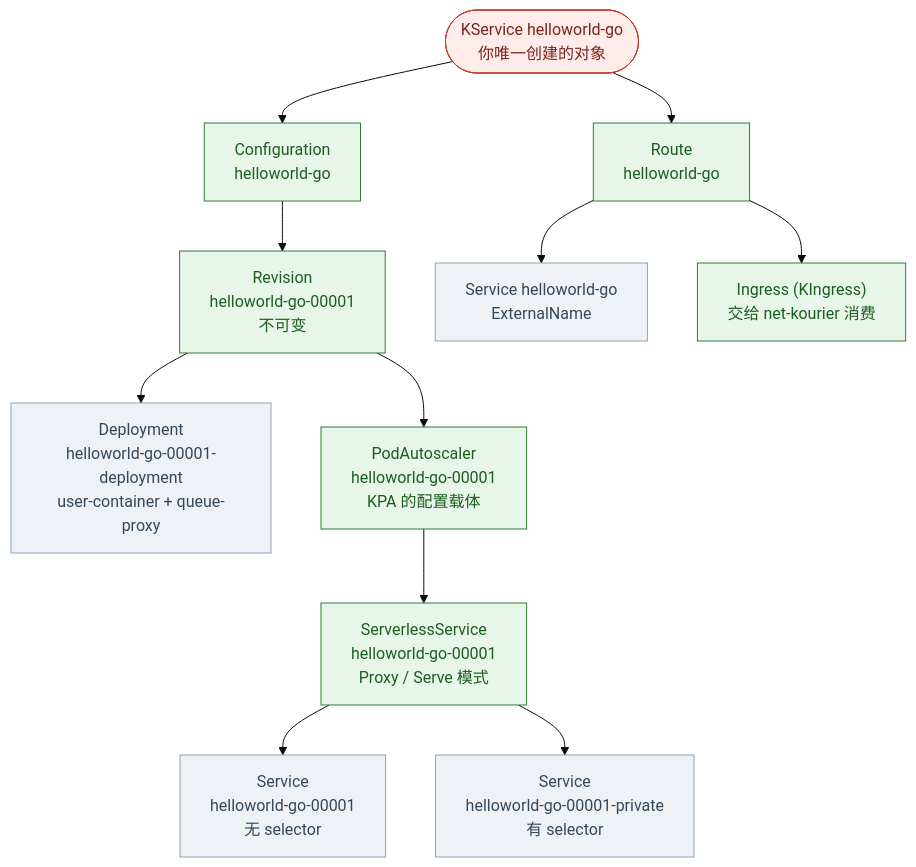
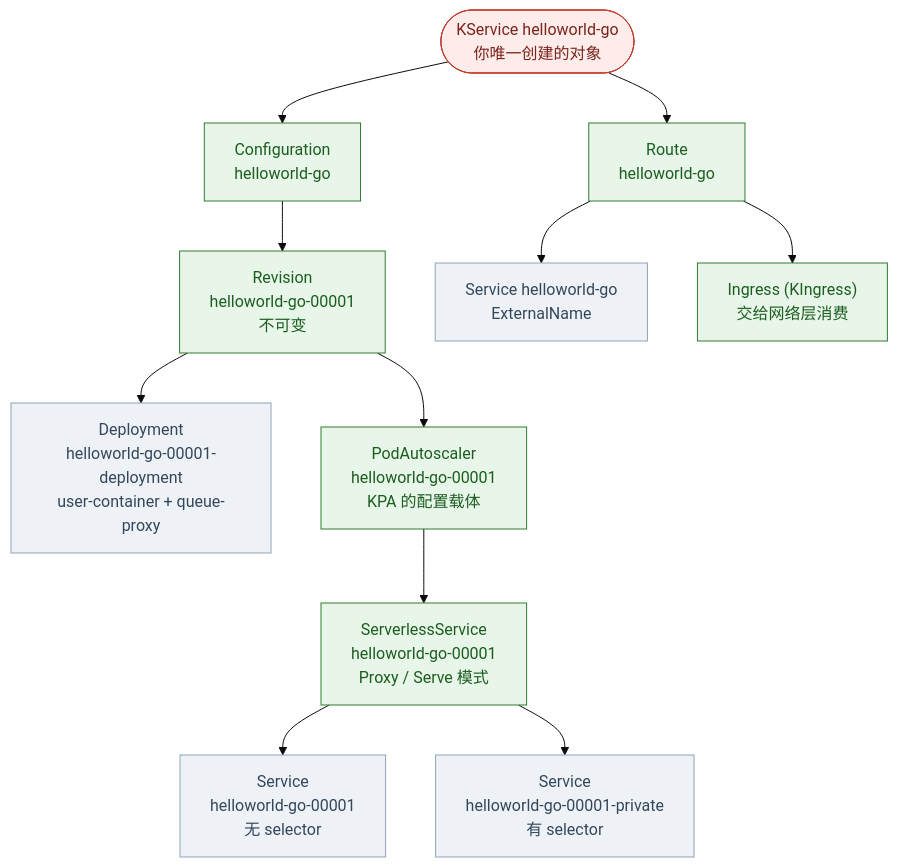
The first of 3 diagrams in Knative/对象模型.md (hchenxa/reading-notes), drawn with Mermaid (base theme) before and after one commit. The commit also changed other lines of this file, not shown here.

First line of the commit message:
knative: 让全景图不再锁死在 Kourier,并补上请求路径与配置归属 (#20)

````diff
--- a/Knative/对象模型.md
+++ b/Knative/对象模型.md
@@ -14,29 +14,29 @@
 ```mermaid
 flowchart TB
     classDef mine fill:#fdecea,stroke:#c0392b,color:#7b241c
     classDef kn   fill:#e8f5e9,stroke:#2e7d32,color:#1b5e20
     classDef k8s  fill:#eef2f7,stroke:#8fa3b8,color:#33475b
 
     KSVC(["KService helloworld-go<br/>你唯一创建的对象"]):::mine
 
     CFG["Configuration<br/>helloworld-go"]:::kn
     RT["Route<br/>helloworld-go"]:::kn
     REV["Revision<br/>helloworld-go-00001<br/>不可变"]:::kn
     DEP["Deployment<br/>helloworld-go-00001-deployment<br/>user-container + queue-proxy"]:::k8s
     PA["PodAutoscaler<br/>helloworld-go-00001<br/>KPA 的配置载体"]:::kn
     SKS["ServerlessService<br/>helloworld-go-00001<br/>Proxy / Serve 模式"]:::kn
     S1["Service<br/>helloworld-go-00001<br/>无 selector"]:::k8s
     S2["Service<br/>helloworld-go-00001-private<br/>有 selector"]:::k8s
     S3["Service helloworld-go<br/>ExternalName"]:::k8s
-    ING["Ingress (KIngress)<br/>交给 net-kourier 消费"]:::kn
+    ING["Ingress (KIngress)<br/>交给网络层消费"]:::kn
 
     KSVC --> CFG --> REV
     KSVC --> RT
     REV --> DEP
     REV --> PA
     PA --> SKS
     SKS --> S1
     SKS --> S2
     RT --> S3
     RT --> ING
 ```
````
